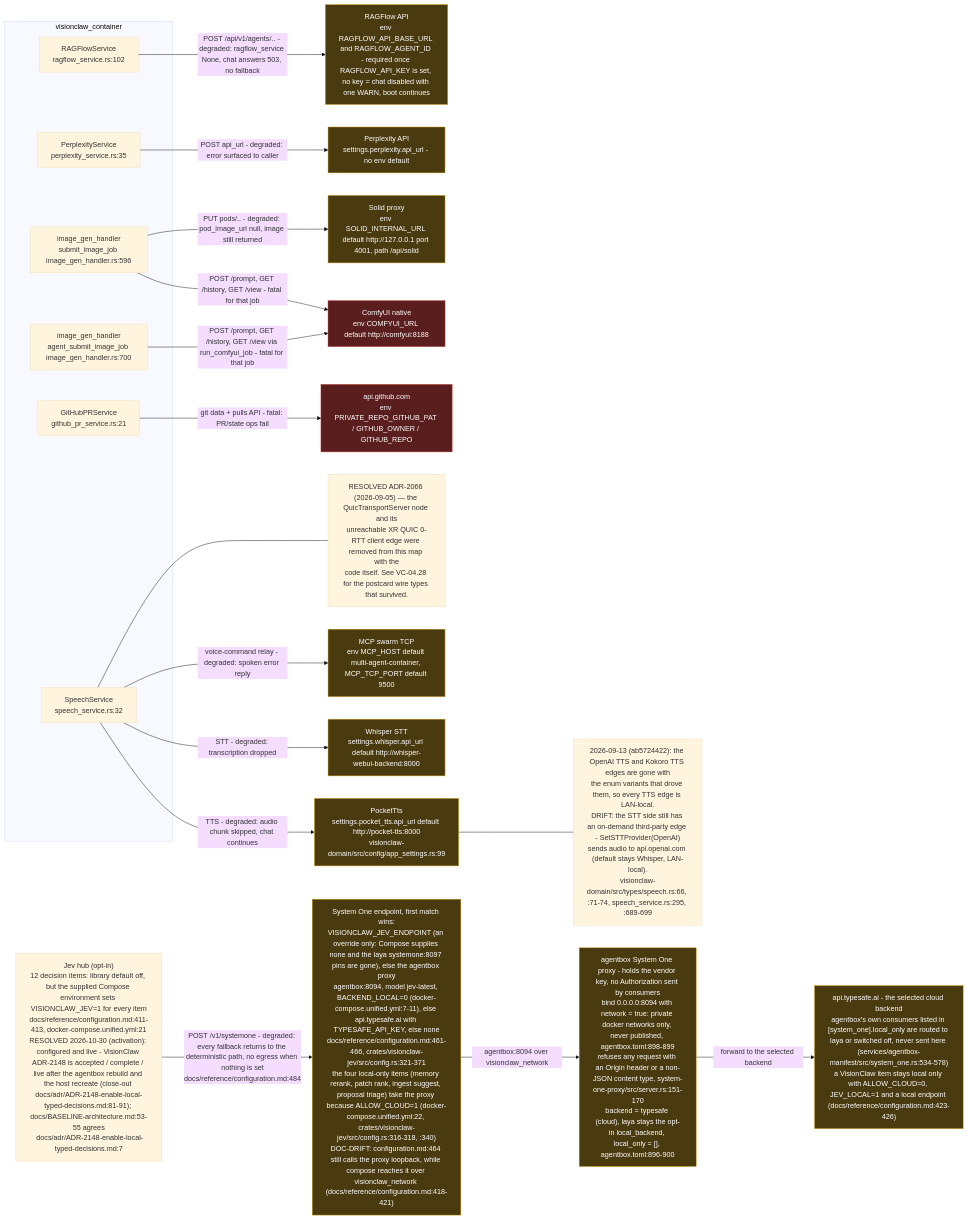
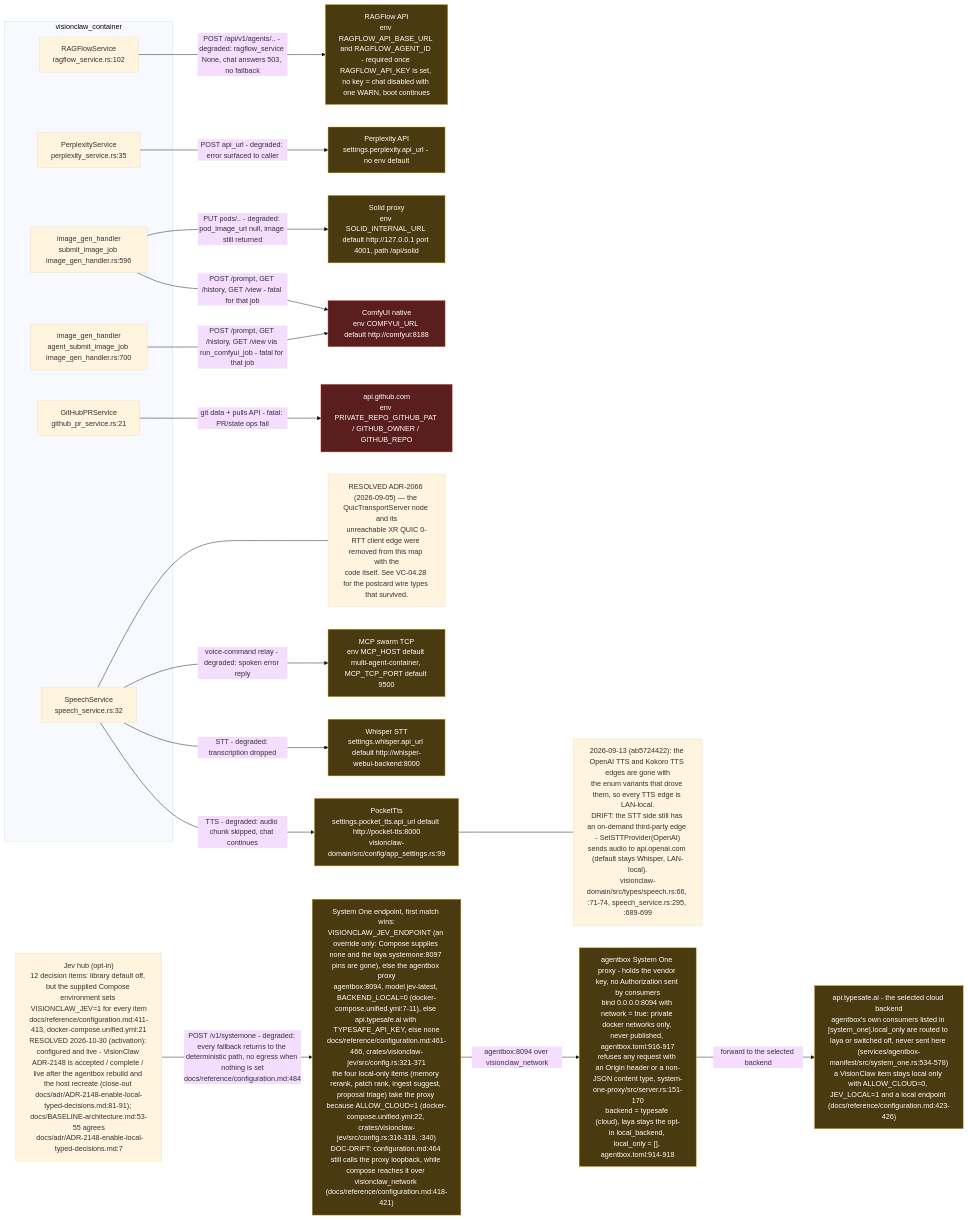
The eighth of 8 diagrams in docs/diagrams/visionclaw/28-external-services.md (DreamLab-AI/VisionFlow), drawn with Mermaid (base theme) before and after one commit. The commit also changed other lines of this file and 17 other files, not shown here.

````diff
--- a/docs/diagrams/visionclaw/28-external-services.md
+++ b/docs/diagrams/visionclaw/28-external-services.md
@@ -395,47 +395,47 @@
 ```mermaid
 flowchart LR
     subgraph app["visionclaw_container"]
         RS["RAGFlowService<br/>ragflow_service.rs:102"]
         PS["PerplexityService<br/>perplexity_service.rs:35"]
         IG["image_gen_handler<br/>submit_image_job image_gen_handler.rs:596"]
         AG["image_gen_handler<br/>agent_submit_image_job image_gen_handler.rs:700"]
         GH["GitHubPRService<br/>github_pr_service.rs:21"]
         SS["SpeechService<br/>speech_service.rs:32"]
     end
 
     RF["RAGFlow API<br/>env RAGFLOW_API_BASE_URL and RAGFLOW_AGENT_ID - required once RAGFLOW_API_KEY is set, no key = chat disabled with one WARN, boot continues"]
     PX["Perplexity API<br/>settings.perplexity.api_url - no env default"]
     CFU["ComfyUI native<br/>env COMFYUI_URL default http://comfyui:8188"]
     SOL["Solid proxy<br/>env SOLID_INTERNAL_URL default http://127.0.0.1 port 4001, path /api/solid"]
     GHA["api.github.com<br/>env PRIVATE_REPO_GITHUB_PAT / GITHUB_OWNER / GITHUB_REPO"]
     PT["PocketTts<br/>settings.pocket_tts.api_url default http://pocket-tts:8000<br/>visionclaw-domain/src/config/app_settings.rs:99"]
     WHI["Whisper STT<br/>settings.whisper.api_url default http://whisper-webui-backend:8000"]
     MCPS["MCP swarm TCP<br/>env MCP_HOST default multi-agent-container, MCP_TCP_PORT default 9500"]
 
     RS -->|"POST /api/v1/agents/.. - degraded: ragflow_service None, chat answers 503, no fallback"| RF
     PS -->|"POST api_url - degraded: error surfaced to caller"| PX
     IG -->|"POST /prompt, GET /history, GET /view - fatal for that job"| CFU
     AG -->|"POST /prompt, GET /history, GET /view via run_comfyui_job - fatal for that job"| CFU
     IG -->|"PUT pods/.. - degraded: pod_image_url null, image still returned"| SOL
     GH -->|"git data + pulls API - fatal: PR/state ops fail"| GHA
     SS -->|"TTS - degraded: audio chunk skipped, chat continues"| PT
     SS -->|"STT - degraded: transcription dropped"| WHI
     SS -->|"voice-command relay - degraded: spoken error reply"| MCPS
     JV["Jev hub (opt-in)<br/>12 decision items: library default off, but the supplied Compose environment sets VISIONCLAW_JEV=1 for every item<br/>docs/reference/configuration.md:411-413, docker-compose.unified.yml:21<br/>RESOLVED 2026-10-30 (activation): configured and live - VisionClaw ADR-2148 is accepted / complete / live after the agentbox rebuild and the host recreate (close-out docs/adr/ADR-2148-enable-local-typed-decisions.md:81-91); docs/BASELINE-architecture.md:53-55 agrees<br/> docs/adr/ADR-2148-enable-local-typed-decisions.md:7"]
     JEP["System One endpoint, first match wins:<br/>VISIONCLAW_JEV_ENDPOINT (an override only: Compose supplies none and the laya systemone:8097 pins are gone), else the agentbox proxy<br/>agentbox:8094, model jev-latest, BACKEND_LOCAL=0 (docker-compose.unified.yml:7-11), else api.typesafe.ai with TYPESAFE_API_KEY, else none<br/>docs/reference/configuration.md:461-466, crates/visionclaw-jev/src/config.rs:321-371<br/>the four local-only items (memory rerank, patch rank, ingest suggest, proposal triage) take the proxy because ALLOW_CLOUD=1 (docker-compose.unified.yml:22, crates/visionclaw-jev/src/config.rs:316-318, :340)<br/>DOC-DRIFT: configuration.md:464 still calls the proxy loopback, while compose reaches it over visionclaw_network (docs/reference/configuration.md:418-421)"]
-    AB["agentbox System One proxy - holds the vendor key, no Authorization sent by consumers<br/>bind 0.0.0.0:8094 with network = true: private docker networks only, never published, agentbox.toml:898-899<br/>refuses any request with an Origin header or a non-JSON content type, system-one-proxy/src/server.rs:151-170<br/>backend = typesafe (cloud), laya stays the opt-in local_backend, local_only = [], agentbox.toml:896-900"]
+    AB["agentbox System One proxy - holds the vendor key, no Authorization sent by consumers<br/>bind 0.0.0.0:8094 with network = true: private docker networks only, never published, agentbox.toml:916-917<br/>refuses any request with an Origin header or a non-JSON content type, system-one-proxy/src/server.rs:151-170<br/>backend = typesafe (cloud), laya stays the opt-in local_backend, local_only = [], agentbox.toml:914-918"]
     TS["api.typesafe.ai - the selected cloud backend<br/>agentbox's own consumers listed in [system_one].local_only are routed to laya or switched off, never sent here (services/agentbox-manifest/src/system_one.rs:534-578)<br/>a VisionClaw item stays local only with ALLOW_CLOUD=0, JEV_LOCAL=1 and a local endpoint (docs/reference/configuration.md:423-426)"]
     JV -->|"POST /v1/systemone - degraded: every fallback returns to the deterministic path, no egress when nothing is set<br/>docs/reference/configuration.md:484"| JEP
     JEP -->|"agentbox:8094 over visionclaw_network"| AB
     AB -->|"forward to the selected backend"| TS
 
     N1["RESOLVED ADR-2066 (2026-09-05) — the QuicTransportServer node and its<br/>unreachable XR QUIC 0-RTT client edge were removed from this map with the<br/>code itself. See VC-04.28 for the postcard wire types that survived."]
     SS --- N1
     N2["2026-09-13 (ab5724422): the OpenAI TTS and Kokoro TTS edges are gone with<br/>the enum variants that drove them, so every TTS edge is LAN-local.<br/>DRIFT: the STT side still has an on-demand third-party edge - SetSTTProvider(OpenAI)<br/>sends audio to api.openai.com (default stays Whisper, LAN-local).<br/>visionclaw-domain/src/types/speech.rs:66, :71-74, speech_service.rs:295, :689-699"]
     PT --- N2
 
     classDef fatal fill:#5a1e1e,stroke:#c0392b,color:#fff
     classDef degraded fill:#4a3a10,stroke:#d4a017,color:#fff
     class GHA,CFU fatal
     class RF,PX,SOL,PT,WHI,MCPS,JEP,AB,TS degraded
 ```
````
